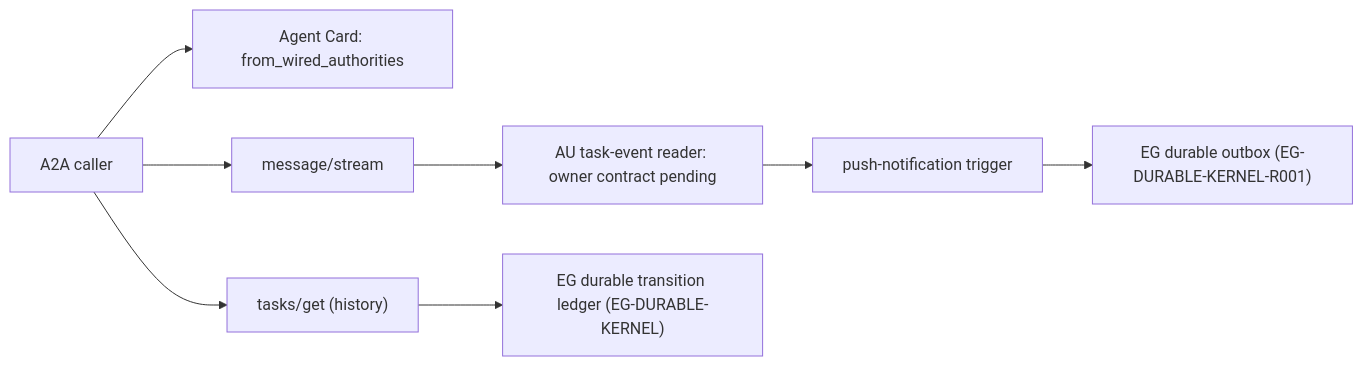
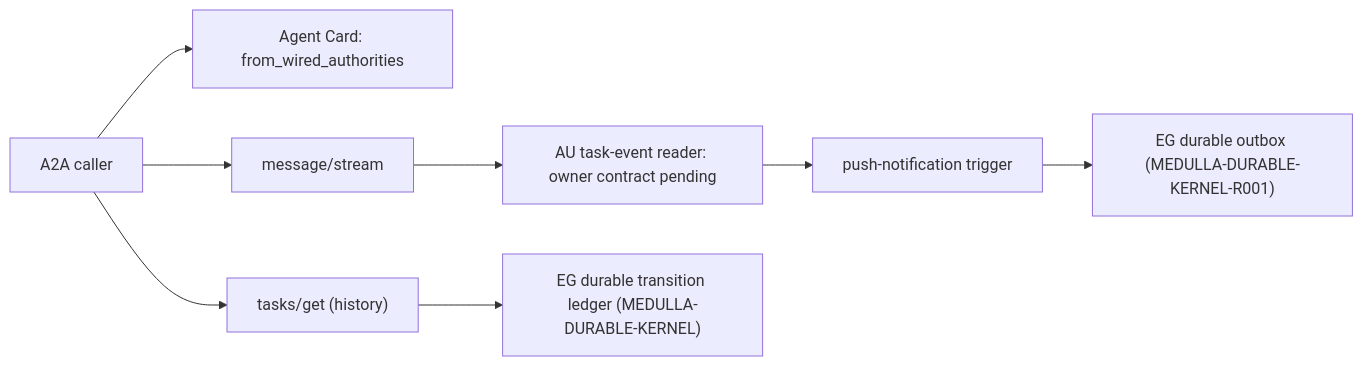
The second of 4 diagrams in specs/a2a/plan.md (Knuckles-Team/arbora), drawn with Mermaid before and after one commit. The commit also changed other lines of this file and 103 other files, not shown here.

First line of the commit message:
specs: rename spec ID prefixes to repo names (EG-, AU-, SDK-, TUI-, WEBUI-, GRAPHOS- → repo-name prefixes)

````diff
--- a/specs/a2a/plan.md
+++ b/specs/a2a/plan.md
@@ -61,10 +61,10 @@
 ```mermaid
 flowchart LR
   C[A2A caller] --> AC[Agent Card: from_wired_authorities]
   C --> S[message/stream]
   C --> G["tasks/get (history)"]
   S --> AU["AU task-event reader: owner contract pending"]
-  G --> EG["EG durable transition ledger (EG-DURABLE-KERNEL)"]
+  G --> EG["EG durable transition ledger (MEDULLA-DURABLE-KERNEL)"]
   AU --> PN[push-notification trigger]
-  PN --> OB["EG durable outbox (EG-DURABLE-KERNEL-R001)"]
+  PN --> OB["EG durable outbox (MEDULLA-DURABLE-KERNEL-R001)"]
 ```
````
